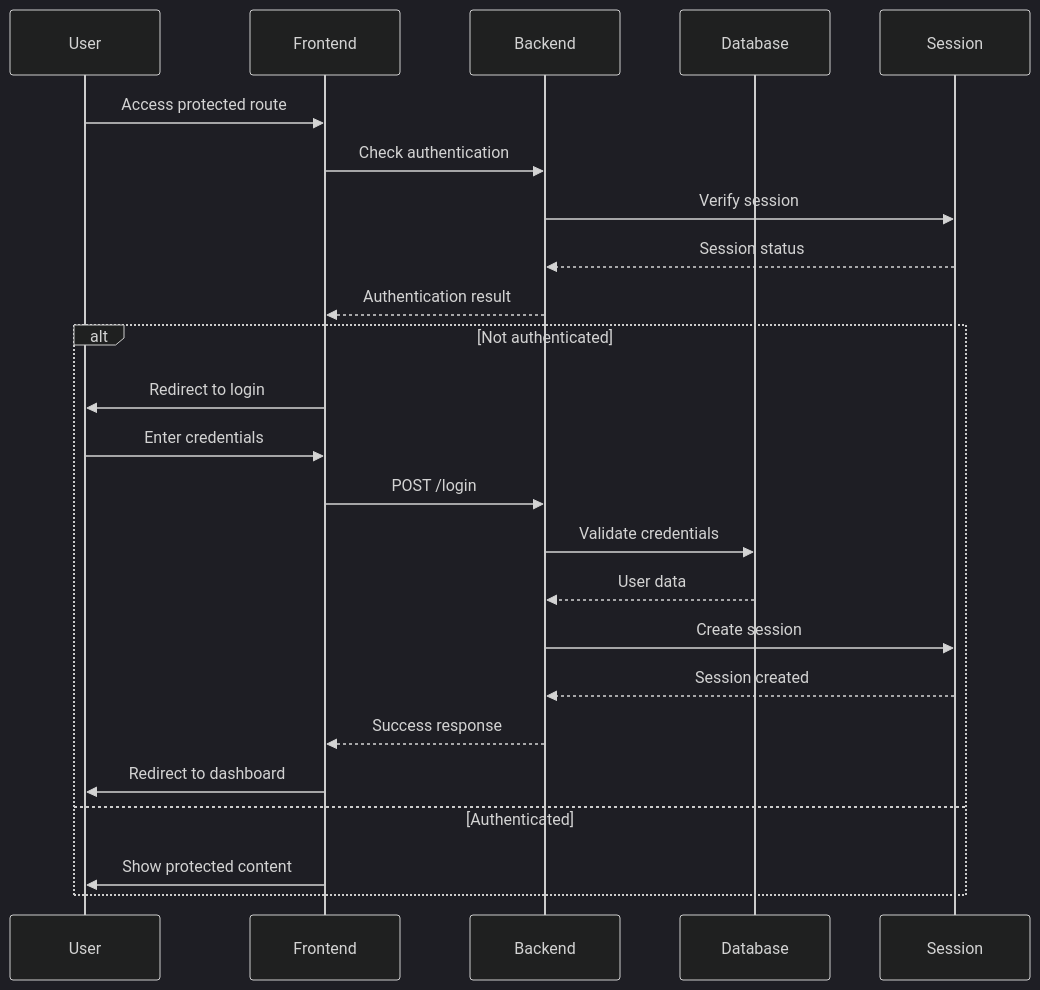
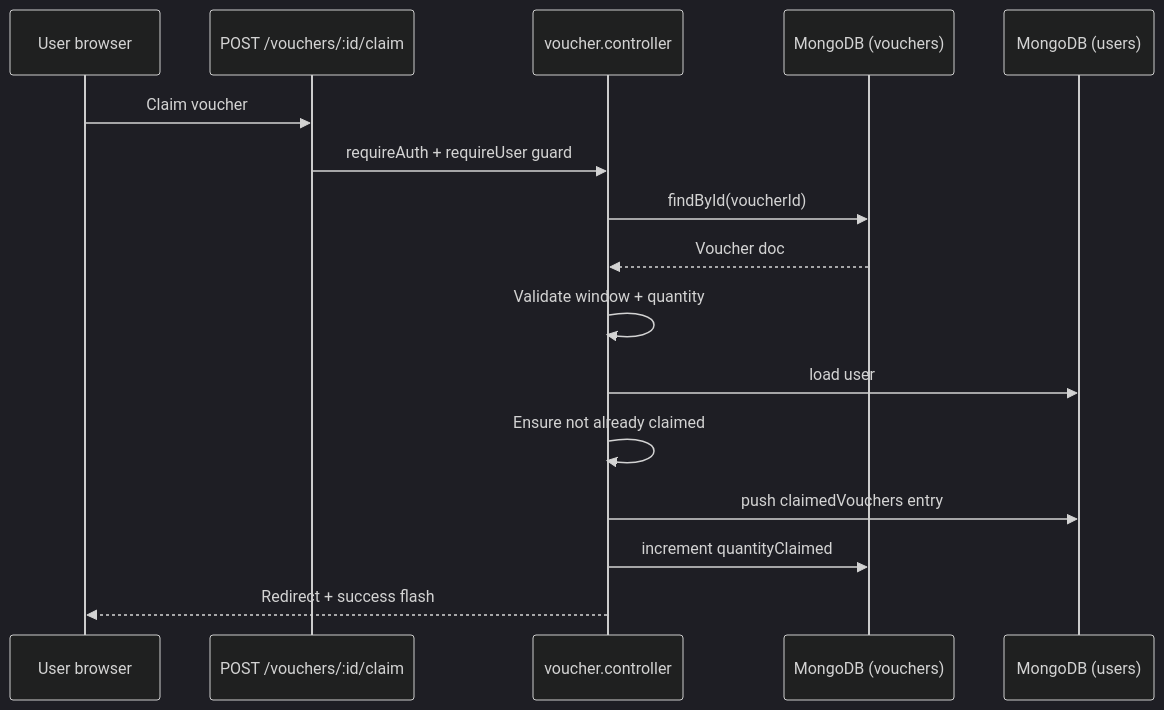
The fourth of 5 diagrams in docs/system-architecture.md (tamnguyen0K/voucher-management-system), drawn with Mermaid (dark theme) before and after one commit. The commit also changed other lines of this file and 10 other files, not shown here.

Commit message:
Updated README and code to reflect changes in system architecture, database schema, user flow, component architecture, authentication flow, voucher claim process, file structure, and API endpoints.

````diff
--- a/docs/system-architecture.md
+++ b/docs/system-architecture.md
@@ -175,28 +190,18 @@
 ```mermaid
 sequenceDiagram
-    participant U as User
-    participant F as Frontend
-    participant B as Backend
-    participant D as Database
-    participant S as Session
-    
-    U->>F: Access protected route
-    F->>B: Check authentication
-    B->>S: Verify session
-    S-->>B: Session status
-    B-->>F: Authentication result
-    
-    alt Not authenticated
-        F->>U: Redirect to login
-        U->>F: Enter credentials
-        F->>B: POST /login
-        B->>D: Validate credentials
-        D-->>B: User data
-        B->>S: Create session
-        S-->>B: Session created
-        B-->>F: Success response
-        F->>U: Redirect to dashboard
-    else Authenticated
-        F->>U: Show protected content
-    end
+    participant U as User browser
+    participant VR as POST /vouchers/:id/claim
+    participant VC as voucher.controller
+    participant VDB as MongoDB (vouchers)
+    participant UDB as MongoDB (users)
+    U->>VR: Claim voucher
+    VR->>VC: requireAuth + requireUser guard
+    VC->>VDB: findById(voucherId)
+    VDB-->>VC: Voucher doc
+    VC->>VC: Validate window + quantity
+    VC->>UDB: load user
+    VC->>VC: Ensure not already claimed
+    VC->>UDB: push claimedVouchers entry
+    VC->>VDB: increment quantityClaimed
+    VC-->>U: Redirect + success flash
 ```
````
